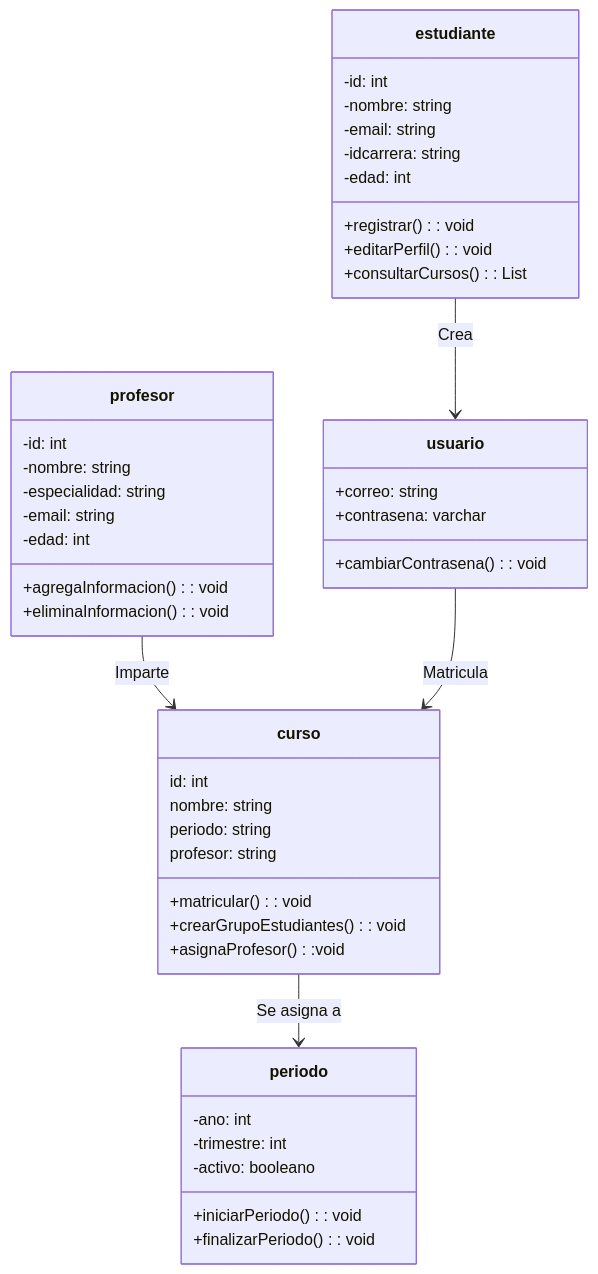
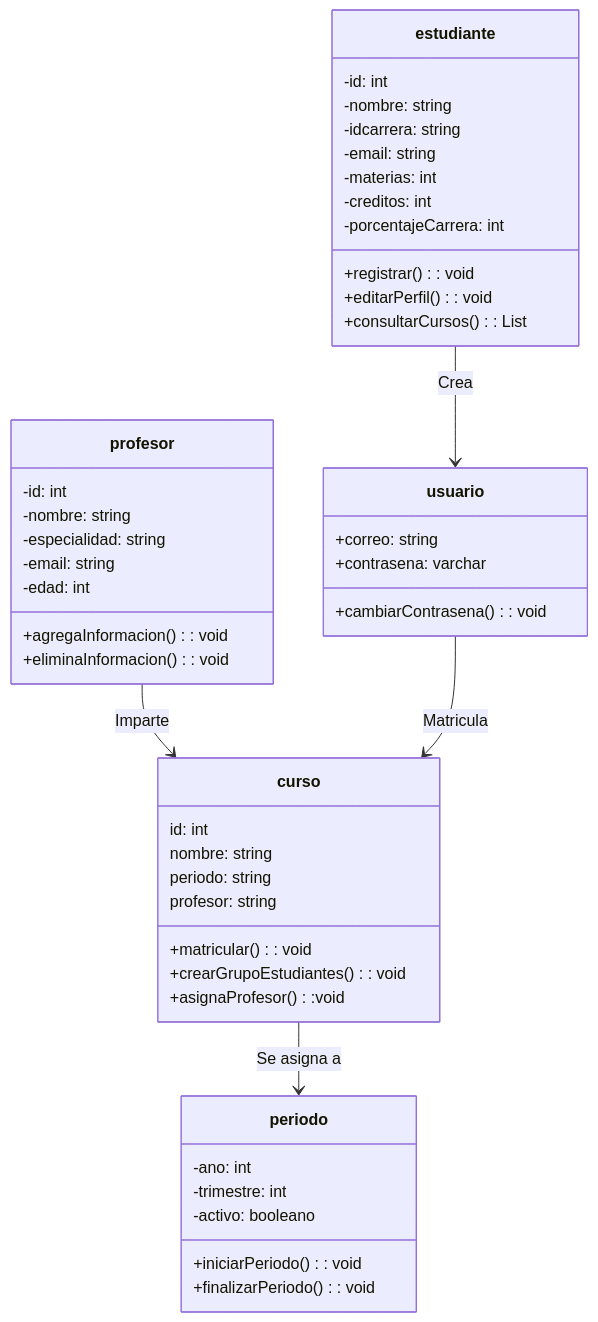
Before and after one commit to Brandon-Yoel/Proyecto-de-WEB: the diagram in diagramaUML.mmd, drawn with Mermaid. The commit also changed 2 other files, not shown here.

```diff
--- a/diagramaUML.mmd
+++ b/diagramaUML.mmd
@@ -1,46 +1,48 @@
 classDiagram
     class periodo{
         -ano: int
         -trimestre: int
         -activo: booleano
         +iniciarPeriodo(): void
         +finalizarPeriodo(): void
     }
     class curso{
         id: int 
         nombre: string
         periodo: string
         profesor: string
         +matricular(): void
         +crearGrupoEstudiantes(): void
         +asignaProfesor():void
     }
     class profesor{
         -id: int
         -nombre: string
         -especialidad: string
         -email: string
         -edad: int
         +agregaInformacion(): void
         +eliminaInformacion(): void
     }
     class estudiante{
         -id: int
         -nombre: string
+        -idcarrera: string
         -email: string
-        -idcarrera: string
-        -edad: int
+        -materias: int
+        -creditos: int
+        -porcentajeCarrera: int
         +registrar(): void
         +editarPerfil(): void
         +consultarCursos(): List<Curso>
     }
     class usuario{
         +correo: string
         +contrasena: varchar
         +cambiarContrasena(): void
     }
     
     curso --> periodo: Se asigna a
     profesor --> curso: Imparte 
     usuario --> curso: Matricula
     estudiante --> usuario: Crea
```
